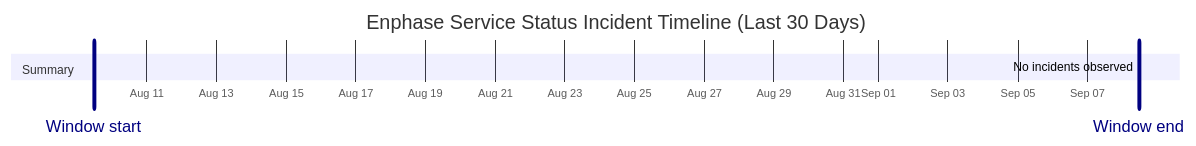
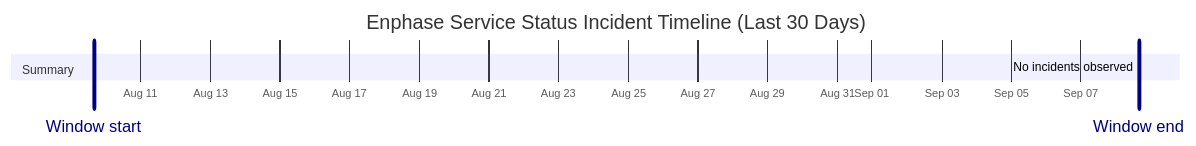
Before and after one commit to barneyonline/ha-enphase-energy: the diagram in wiki/Service-Status-History.md, drawn with Mermaid. The commit also changed other lines of this file and 3 other files, not shown here.

````diff
--- a/wiki/Service-Status-History.md
+++ b/wiki/Service-Status-History.md
@@ -14,10 +14,10 @@
 ```mermaid
 gantt
     title Enphase Service Status Incident Timeline (Last 30 Days)
     dateFormat  YYYY-MM-DDTHH:mm:ss
     axisFormat  %b %d
-    Window start :vert, window-start, 2026-08-09T11:33:59, 0ms
-    Window end :vert, window-end, 2026-09-08T11:33:59, 0ms
+    Window start :vert, window-start, 2026-08-09T16:00:40, 0ms
+    Window end :vert, window-end, 2026-09-08T16:00:40, 0ms
     section Summary
-    No incidents observed :done, 2026-09-08T11:33:59, 1m
+    No incidents observed :done, 2026-09-08T16:00:40, 1m
 ```
````
